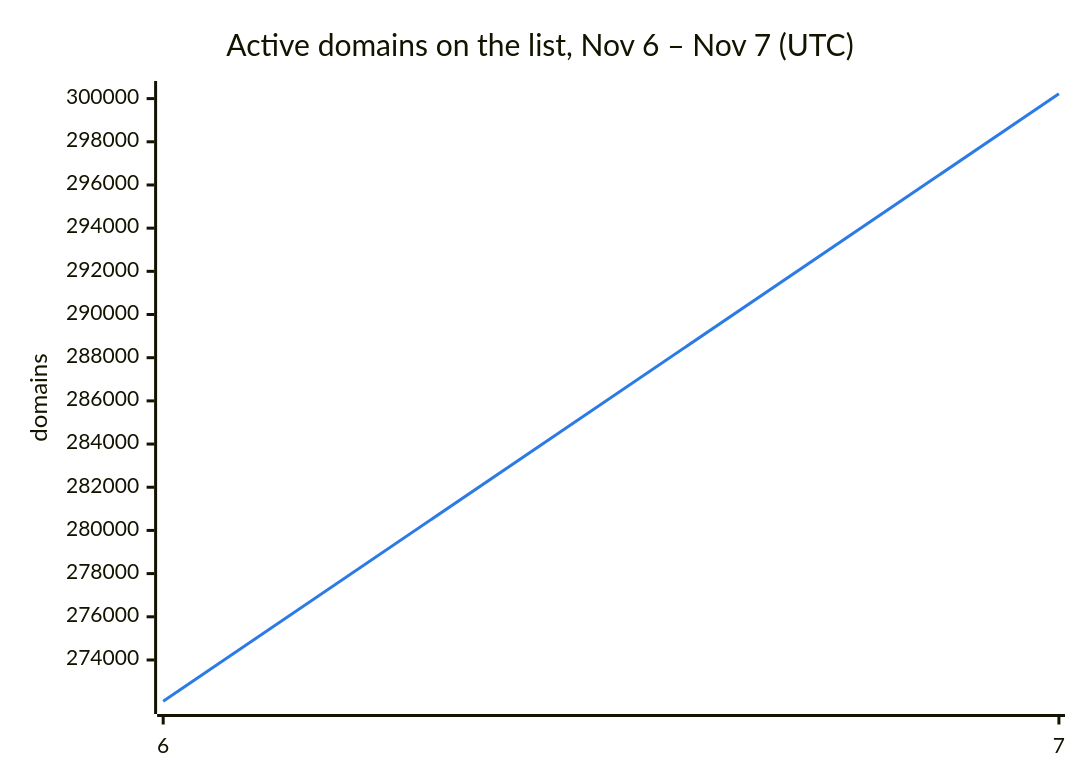
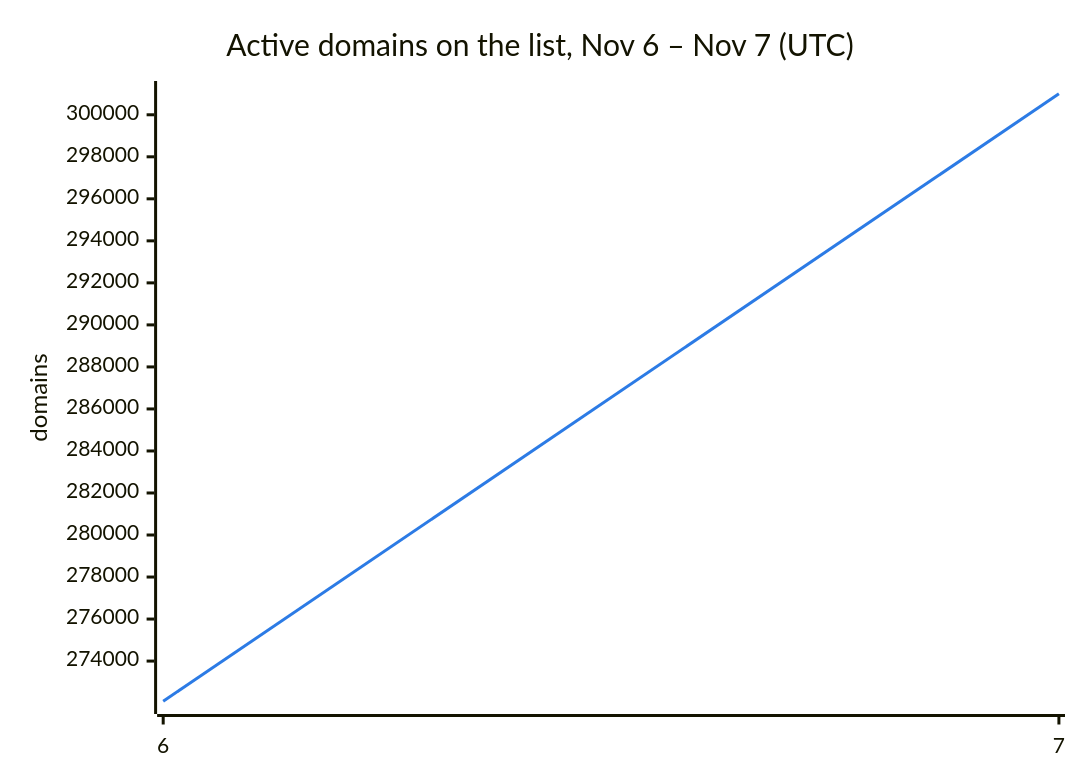
The second of 3 diagrams in README.md (DNSBunker/CTI), drawn with Mermaid before and after one commit. The commit also changed other lines of this file and 3 other files, not shown here.

````diff
--- a/README.md
+++ b/README.md
@@ -38,8 +38,8 @@
 ```mermaid
 %%{init: {"themeVariables": {"xyChart": {"plotColorPalette": "#2c7be5"}}}}%%
 xychart-beta
     title "Active domains on the list, Nov 6 – Nov 7 (UTC)"
     x-axis ["6", "7"]
     y-axis "domains"
-    line [272088, 300225]
+    line [272088, 301001]
 ```
````
